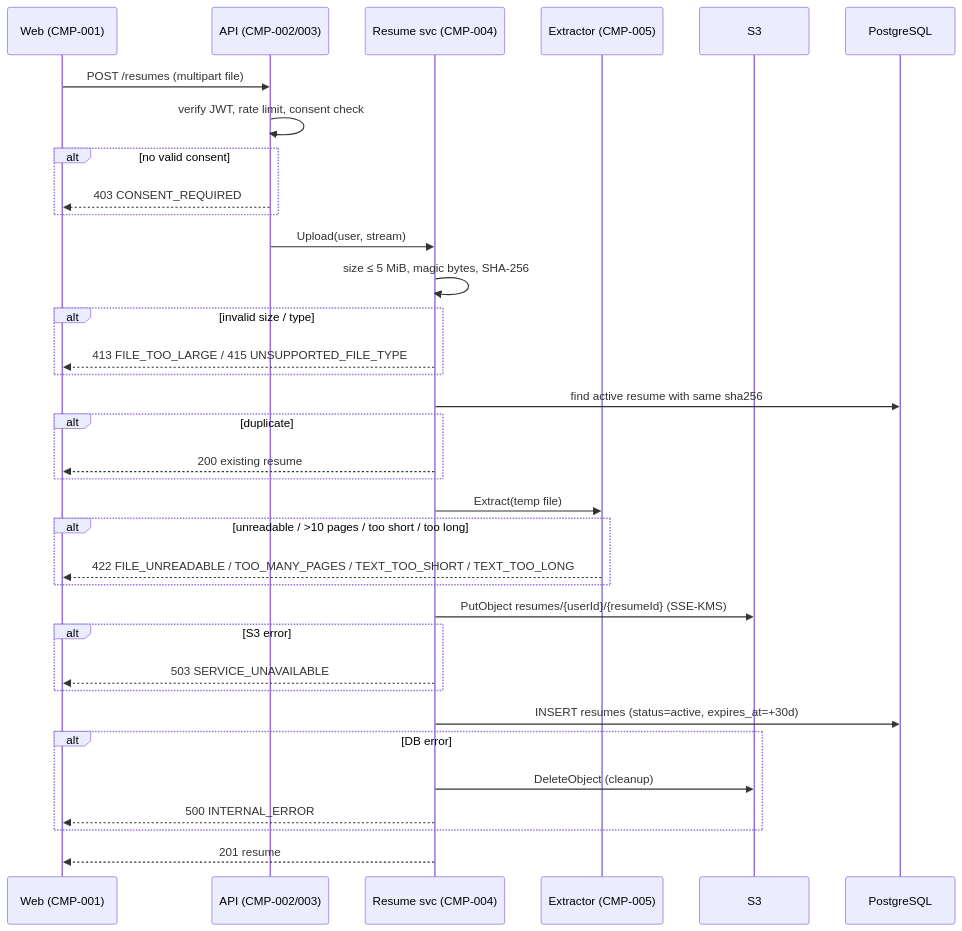
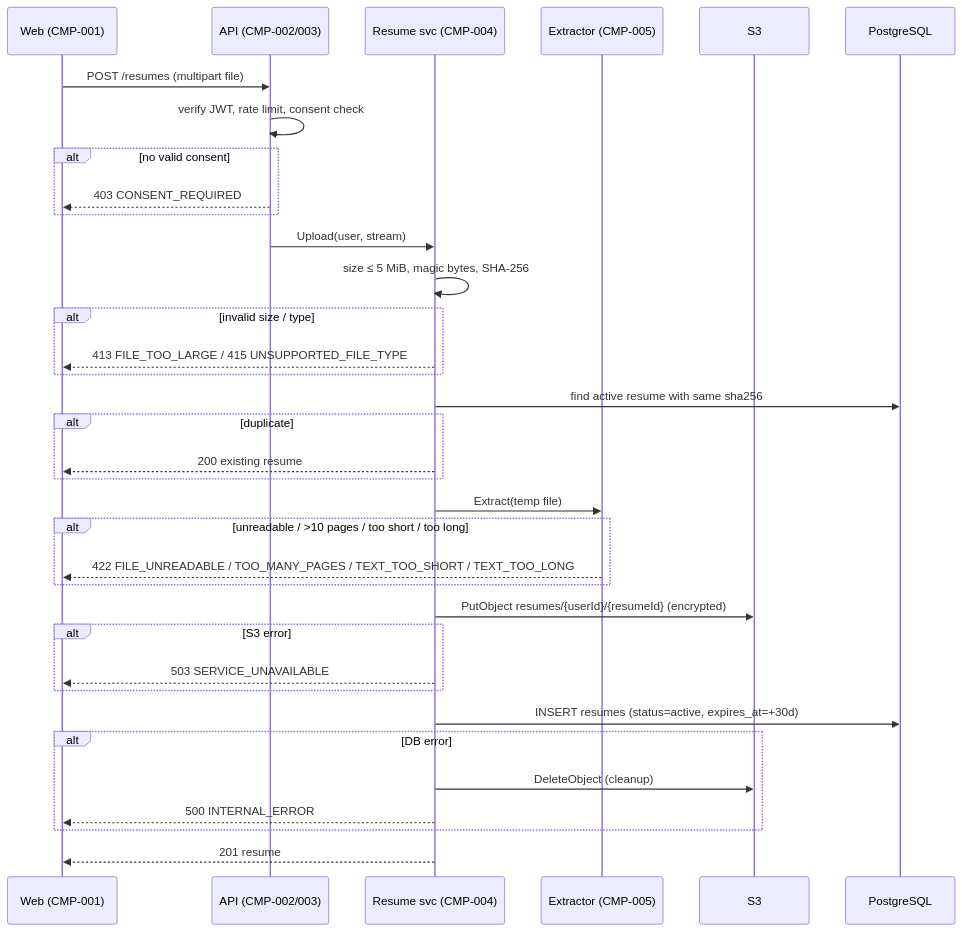
Before and after one commit to divii-school/spec-homework: the second of 6 diagrams in madhurima/spec.md, drawn with Mermaid. The commit also changed other lines of this file, not shown here.

````diff
--- a/madhurima/spec.md
+++ b/madhurima/spec.md
@@ -446,37 +442,37 @@
 ```mermaid
 sequenceDiagram
   participant U as Web (CMP-001)
   participant A as API (CMP-002/003)
   participant R as Resume svc (CMP-004)
   participant X as Extractor (CMP-005)
   participant S as S3
   participant D as PostgreSQL
   U->>A: POST /resumes (multipart file)
   A->>A: verify JWT, rate limit, consent check
   alt no valid consent
     A-->>U: 403 CONSENT_REQUIRED
   end
   A->>R: Upload(user, stream)
   R->>R: size ≤ 5 MiB, magic bytes, SHA-256
   alt invalid size / type
     R-->>U: 413 FILE_TOO_LARGE / 415 UNSUPPORTED_FILE_TYPE
   end
   R->>D: find active resume with same sha256
   alt duplicate
     R-->>U: 200 existing resume
   end
   R->>X: Extract(temp file)
   alt unreadable / >10 pages / too short / too long
     X-->>U: 422 FILE_UNREADABLE / TOO_MANY_PAGES / TEXT_TOO_SHORT / TEXT_TOO_LONG
   end
-  R->>S: PutObject resumes/{userId}/{resumeId} (SSE-KMS)
+  R->>S: PutObject resumes/{userId}/{resumeId} (encrypted)
   alt S3 error
     R-->>U: 503 SERVICE_UNAVAILABLE
   end
   R->>D: INSERT resumes (status=active, expires_at=+30d)
   alt DB error
     R->>S: DeleteObject (cleanup)
     R-->>U: 500 INTERNAL_ERROR
   end
   R-->>U: 201 resume
 ```
````
